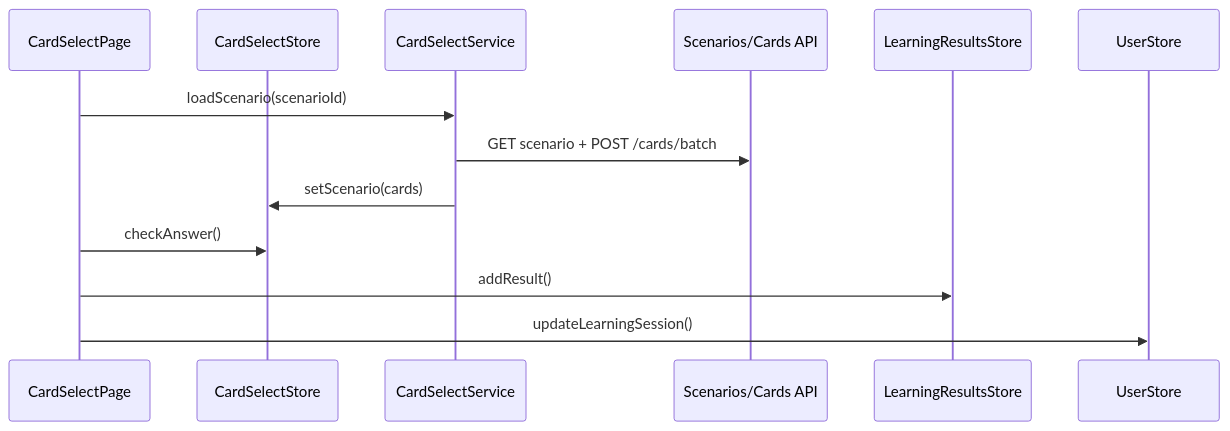
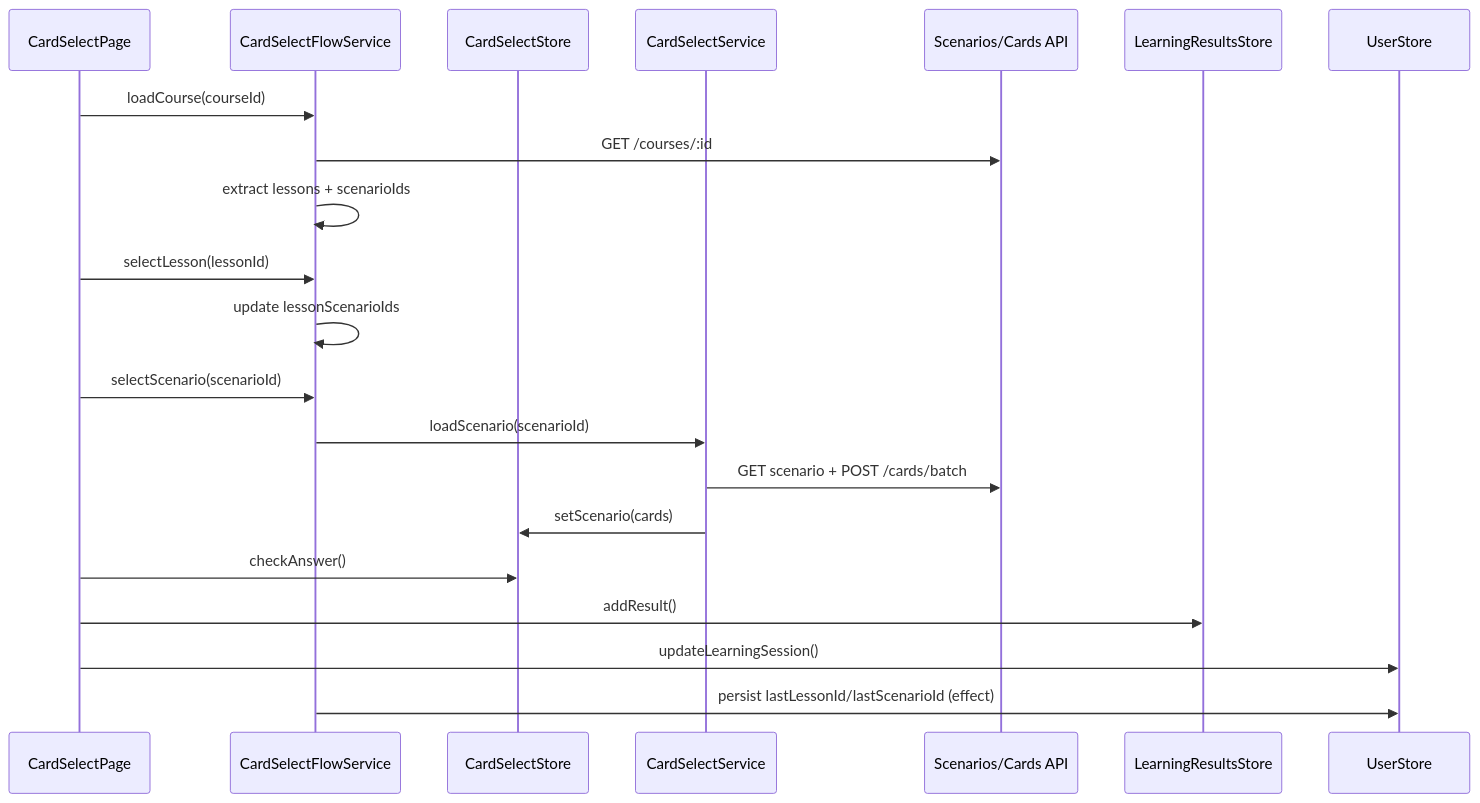
One commit to void2ptr-sketch/LinguaCode changed the diagram in docs/ARCHITECTURE/ARCHITECTURE.card-select.md. Above: the diagram before and after it, drawn with Mermaid. The commit also changed other lines of this file and 708 other files, not shown here.

````diff
--- a/docs/ARCHITECTURE/ARCHITECTURE.card-select.md
+++ b/docs/ARCHITECTURE/ARCHITECTURE.card-select.md
@@ -32,16 +41,24 @@
 ```mermaid
 sequenceDiagram
   participant Page as CardSelectPage
+  participant Flow as CardSelectFlowService
   participant Store as CardSelectStore
   participant Svc as CardSelectService
   participant API as Scenarios/Cards API
   participant LR as LearningResultsStore
   participant User as UserStore
 
-  Page->>Svc: loadScenario(scenarioId)
+  Page->>Flow: loadCourse(courseId)
+  Flow->>API: GET /courses/:id
+  Flow->>Flow: extract lessons + scenarioIds
+  Page->>Flow: selectLesson(lessonId)
+  Flow->>Flow: update lessonScenarioIds
+  Page->>Flow: selectScenario(scenarioId)
+  Flow->>Svc: loadScenario(scenarioId)
   Svc->>API: GET scenario + POST /cards/batch
   Svc->>Store: setScenario(cards)
   Page->>Store: checkAnswer()
   Page->>LR: addResult()
   Page->>User: updateLearningSession()
+  Flow->>User: persist lastLessonId/lastScenarioId (effect)
 ```
````
